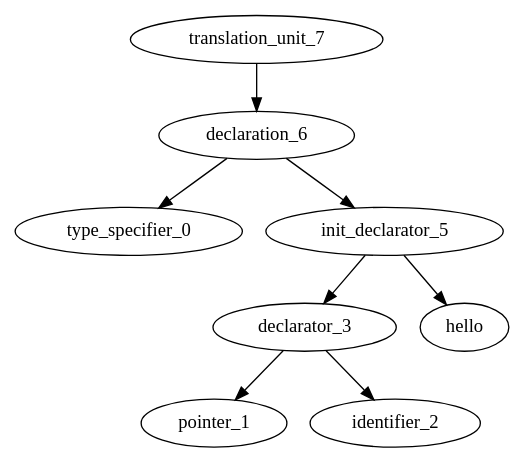
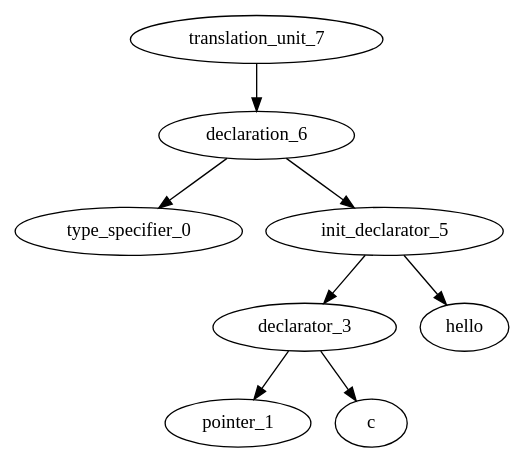
Before and after one commit to ahpalmerUNR/c_compiler: the diagram in graphs/default.gv, drawn with Graphviz. The commit also changed 2 other files, not shown here.

```diff
--- a/graphs/default.gv
+++ b/graphs/default.gv
@@ -1,10 +1,11 @@
 digraph AST {
 	translation_unit_7 -> declaration_6;
 	declaration_6 -> type_specifier_0;
 	declaration_6 -> init_declarator_5;
 	init_declarator_5 -> declarator_3;
 	declarator_3 -> pointer_1;
 	declarator_3 -> identifier_2;
+	identifier_2 [label="c"]
 	init_declarator_5 -> string_4;
 	string_4 [label="hello"]
 }
```
